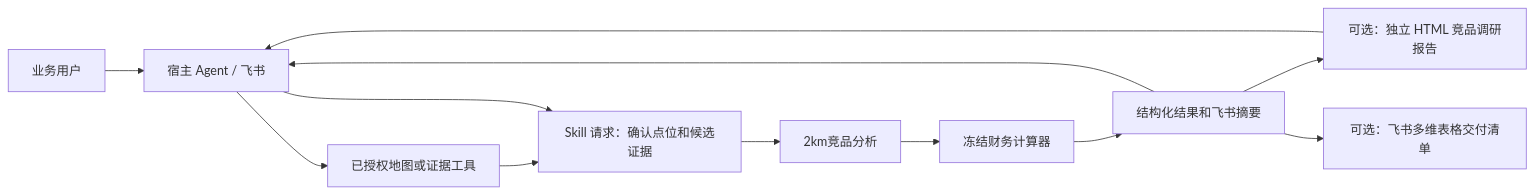
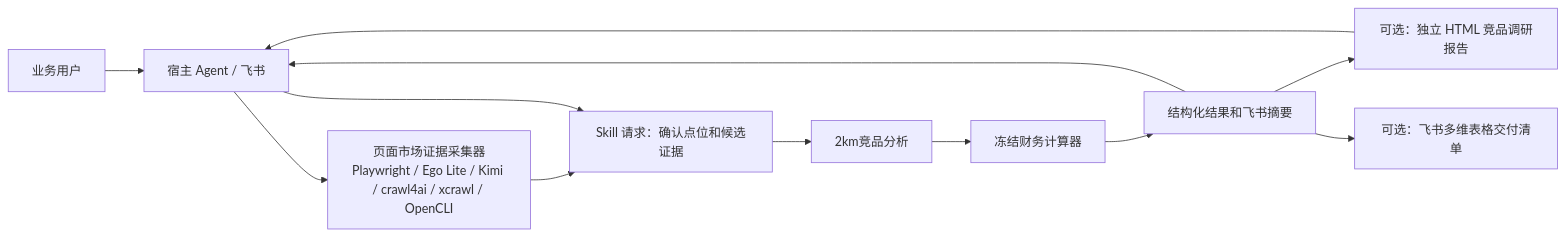
One commit to laotie567/zhijing-hotel-investment-underwriting changed the diagram in docs/ARCHITECTURE.md. Above: the diagram before and after it, drawn with Mermaid. The commit also changed other lines of this file and 40 other files, not shown here.

````diff
--- a/docs/ARCHITECTURE.md
+++ b/docs/ARCHITECTURE.md
@@ -9,14 +9,14 @@
 ```mermaid
 flowchart LR
     U["业务用户"] --> H["宿主 Agent / 飞书"]
-    H --> G["已授权地图或证据工具"]
+    H --> G["页面市场证据采集器\nPlaywright / Ego Lite / Kimi / crawl4ai / xcrawl / OpenCLI"]
     G --> R["Skill 请求：确认点位和候选证据"]
     H --> R
     R --> C["2km竞品分析"]
     C --> F["冻结财务计算器"]
     F --> O["结构化结果和飞书摘要"]
     O --> P["可选：独立 HTML 竞品调研报告"]
     O --> B["可选：飞书多维表格交付清单"]
     O --> H
     P --> H
 ```
````
